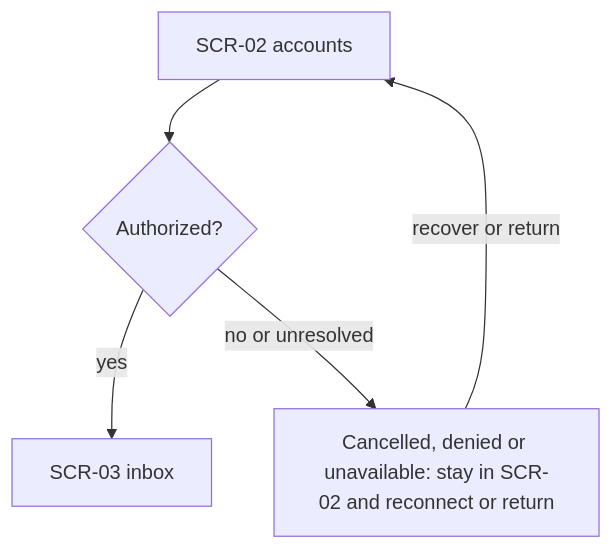
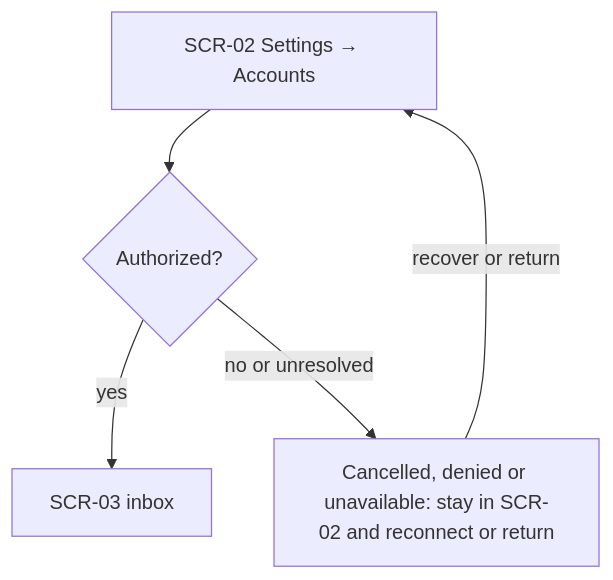
Before and after one commit to passioncode-ai/fabric-inbox: the first of 8 diagrams in docs/ux/flows.md, drawn with Mermaid. The commit also changed other lines of this file and 222 other files, not shown here.

First line of the commit message:
release: 0.11.0 — Settings, mail refresh, agent parity, server drafts, Gmail setup, IMAP and Outlook accounts (#35)

````diff
--- a/docs/ux/flows.md
+++ b/docs/ux/flows.md
@@ -35,7 +35,7 @@
 ```mermaid
 flowchart TD
-  A["SCR-02 accounts"] --> B{"Authorized?"}
+  A["SCR-02 Settings → Accounts"] --> B{"Authorized?"}
   B -->|yes| C["SCR-03 inbox"]
   B -->|no or unresolved| D["Cancelled, denied or unavailable: stay in SCR-02 and reconnect or return"]
   D -->|recover or return| A
 ```
````
